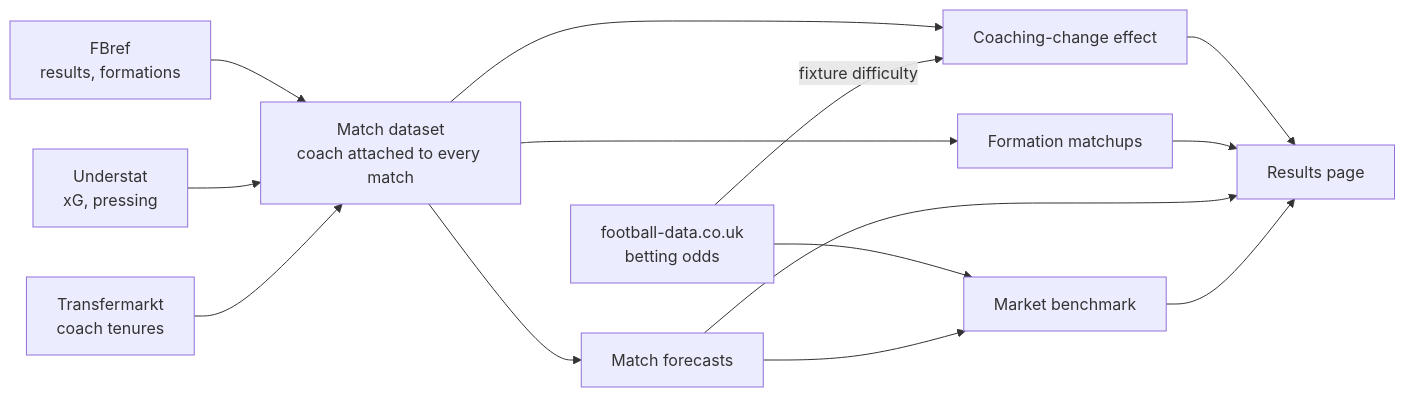
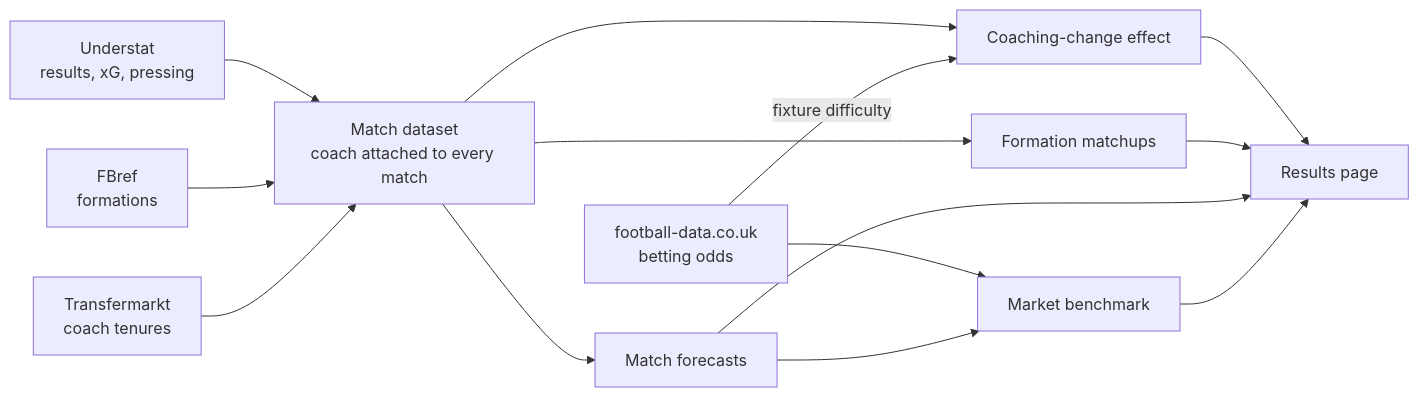
The diagram in README.md (FPN1997/bundesliga-coach-impact), drawn with Mermaid before and after one commit. The commit also changed 14 other files, not shown here.

First line of the commit message:
Build Bundesliga results on Understat; fetch every source politely

````diff
--- a/README.md
+++ b/README.md
@@ -136,13 +136,13 @@
 ```mermaid
 flowchart LR
-    FB[FBref<br/>results, formations] --> DS[Match dataset<br/>coach attached to every match]
-    US[Understat<br/>xG, pressing] --> DS
+    US[Understat<br/>results, xG, pressing] --> DS[Match dataset<br/>coach attached to every match]
+    FB[FBref<br/>formations] --> DS
     TM[Transfermarkt<br/>coach tenures] --> DS
     DS --> CE[Coaching-change effect]
     DS --> FM[Formation matchups]
     DS --> FC[Match forecasts]
     FD[football-data.co.uk<br/>betting odds] --> MB[Market benchmark]
     FD -->|fixture difficulty| CE
     FC --> MB
     CE & FM & FC & MB --> WEB[Results page]
 ```
````
